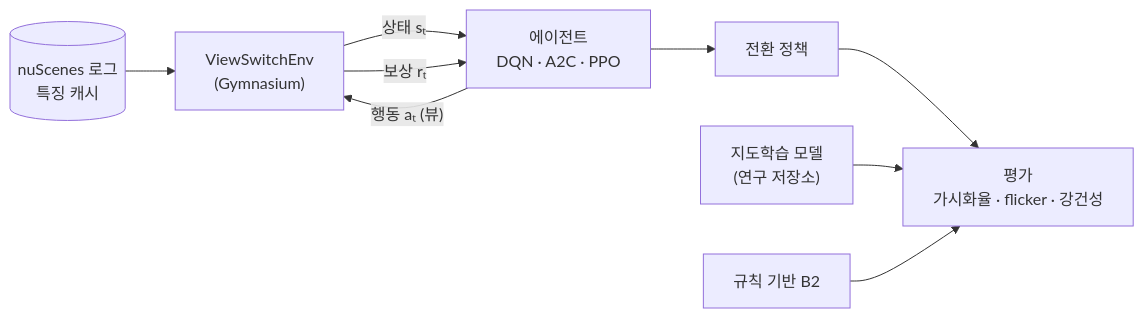
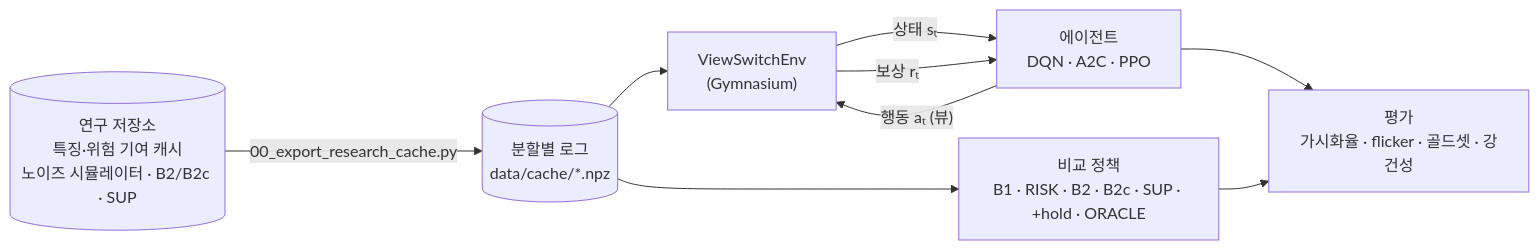
One commit to cbnu-yhjeon/RL-Camera-View-Switching changed the diagram in README.md. Above: the diagram before and after it, drawn with Mermaid. The commit also changed other lines of this file and 533 other files, not shown here.

First line of the commit message:
Implement log-replay RL view-switching: env, agents, baselines, experiments

````diff
--- a/README.md
+++ b/README.md
@@ -57,11 +59,10 @@
 ```mermaid
 flowchart LR
-    LOG[("nuScenes 로그<br/>특징 캐시")] --> ENV["ViewSwitchEnv<br/>(Gymnasium)"]
+    RES[("연구 저장소<br/>특징·위험 기여 캐시<br/>노이즈 시뮬레이터 · B2/B2c · SUP")] -->|"00_export_research_cache.py"| LOG[("분할별 로그<br/>data/cache/*.npz")]
+    LOG --> ENV["ViewSwitchEnv<br/>(Gymnasium)"]
     ENV -->|"상태 sₜ"| AG["에이전트<br/>DQN · A2C · PPO"]
     AG -->|"행동 aₜ (뷰)"| ENV
     ENV -->|"보상 rₜ"| AG
-    AG --> POL["전환 정책"]
-    POL --> EV["평가<br/>가시화율 · flicker · 강건성"]
-    SUP["지도학습 모델<br/>(연구 저장소)"] --> EV
-    RULE["규칙 기반 B2"] --> EV
+    AG --> EV["평가<br/>가시화율 · flicker · 골드셋 · 강건성"]
+    LOG --> BL["비교 정책<br/>B1 · RISK · B2 · B2c · SUP · +hold · ORACLE"] --> EV
 ```
````
